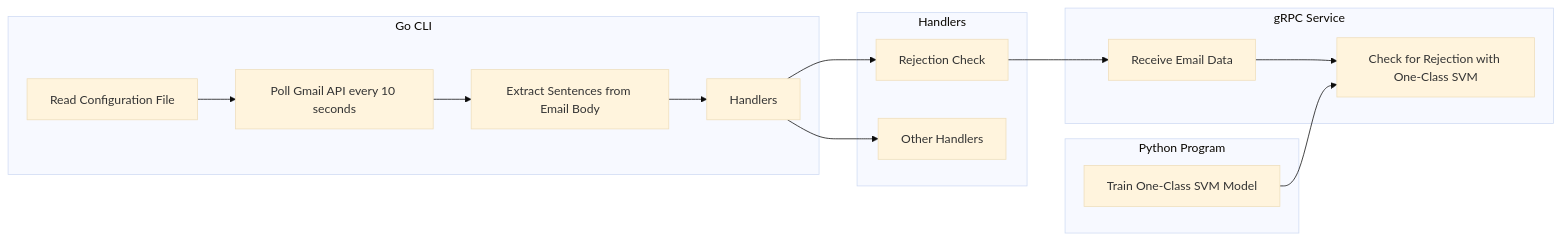
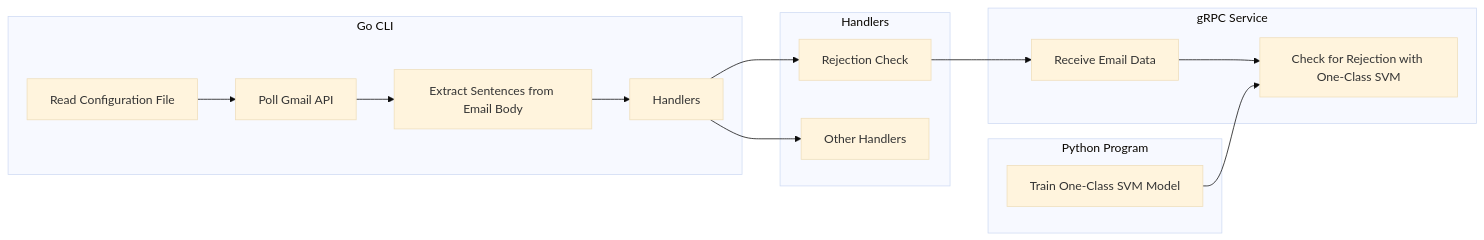
The diagram in README.md (jyouturner/gmail-ai), drawn with Mermaid (base theme) before and after one commit.

`````diff
--- a/README.md
+++ b/README.md
@@ -9,29 +9,30 @@
 ````mermaid
 flowchart LR
     subgraph Go CLI
         A[Read Configuration File]
-        B[Poll Gmail API every 10 seconds]
+        B[Poll Gmail API]
         C[Extract Sentences from Email Body]
         D[Handlers]
     end
     subgraph Handlers
         E[Rejection Check]
         F[Other Handlers]
     end
     subgraph gRPC Service
         G[Receive Email Data]
         H[Check for Rejection with One-Class SVM]
     end
     subgraph Python Program
         I[Train One-Class SVM Model]
     end
     A --> B
     B --> C
     C --> D
     D --> E
     D --> F
     E --> G
     G --> H
     I --> H
 
+
 ````
`````
